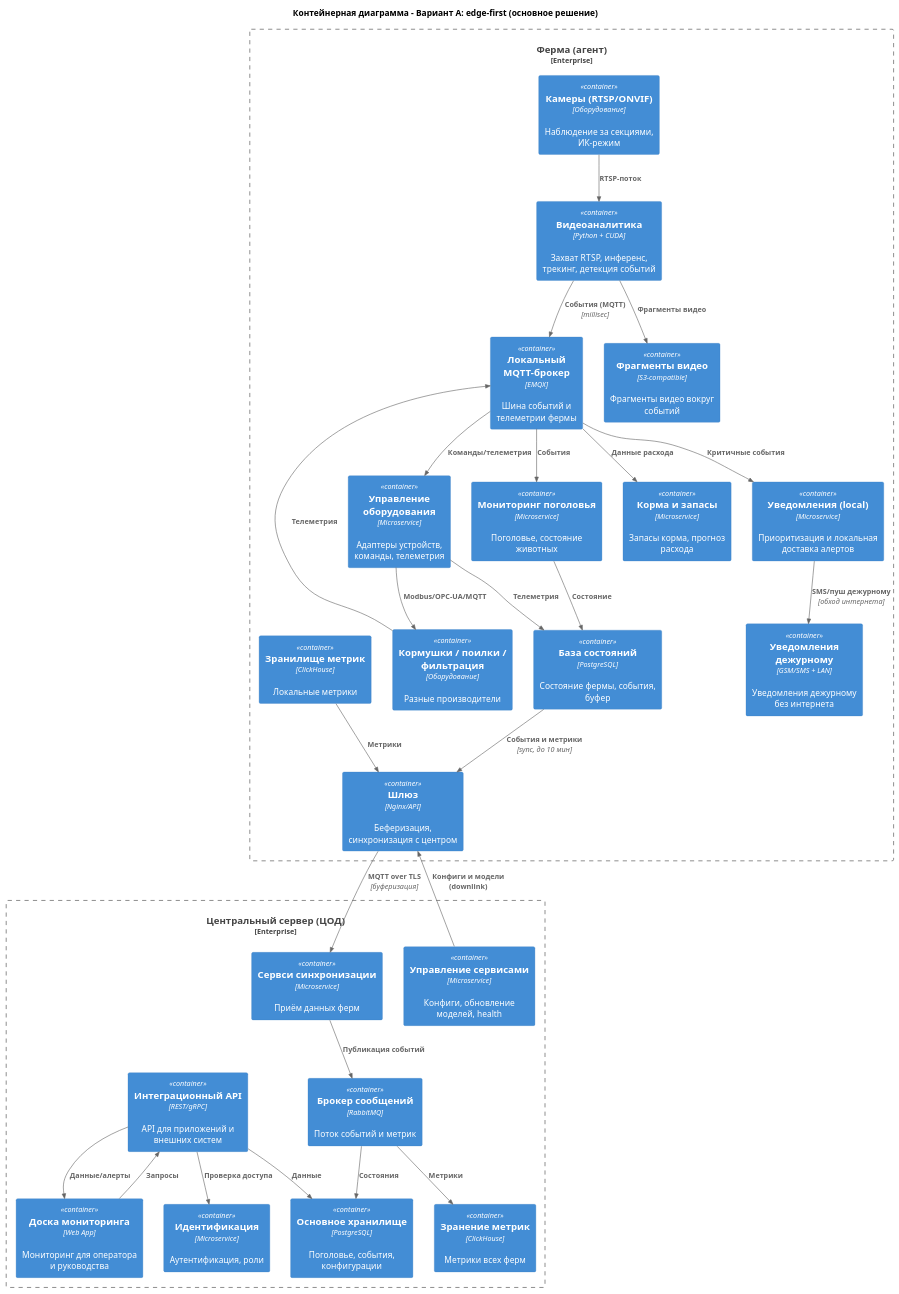
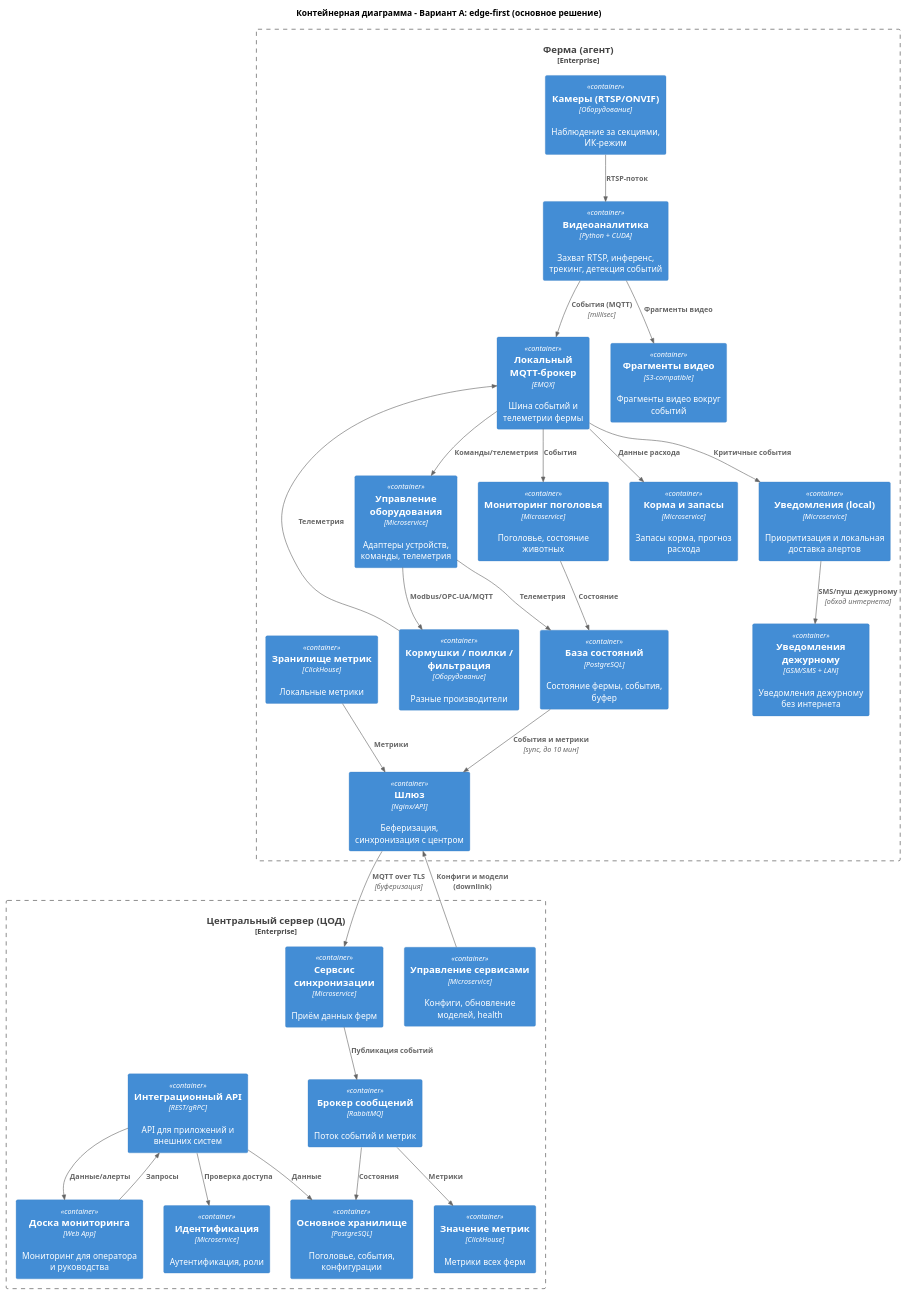
One commit to nikolaynn1984/MSA-AgroTech changed the diagram in Task2/C2_local.puml. Above: the diagram before and after it, drawn with PlantUML. The commit also changed 1 other file, not shown here.

```diff
--- a/Task2/C2_local.puml
+++ b/Task2/C2_local.puml
@@ -1,58 +1,58 @@
 @startuml C2_edge_first
 !include <C4/C4_Container>
 
 title Контейнерная диаграмма - Вариант A: edge-first (основное решение)
 
 Enterprise_Boundary(fb, "Ферма (агент)") {
     Container(cam, "Камеры (RTSP/ONVIF)", "Оборудование", "Наблюдение за секциями, ИК-режим")
     Container(dev, "Кормушки / поилки / фильтрация", "Оборудование", "Разные производители")
 
     Container(mqtt, "Локальный MQTT-брокер", "EMQX", "Шина событий и телеметрии фермы")
     Container(cv, "Видеоаналитика", "Python + CUDA", "Захват RTSP, инференс, трекинг, детекция событий")
     Container(lm, "Мониторинг поголовья", "Microservice", "Поголовье, состояние животных")
     Container(eq, "Управление оборудования", "Microservice", "Адаптеры устройств, команды, телеметрия")
     Container(fi, "Корма и запасы", "Microservice", "Запасы корма, прогноз расхода")
     Container(al, "Уведомления (local)", "Microservice", "Приоритизация и локальная доставка алертов")
     Container(db, "База состояний", "PostgreSQL", "Состояние фермы, события, буфер")
     Container(ts, "Зранилище метрик", "ClickHouse", "Локальные метрики")
     Container(buf, "Фрагменты видео", "S3-compatible", "Фрагменты видео вокруг событий")
     Container(gw, "Шлюз", "Nginx/API", "Беферизация, синхронизация с центром")
     Container(sms, "Уведомления дежурному", "GSM/SMS + LAN", "Уведомления дежурному без интернета")
 
     Rel(cam, cv, "RTSP-поток")
     Rel(cv, mqtt, "События (MQTT)", "millisec")
     Rel(eq, dev, "Modbus/OPC-UA/MQTT")
     Rel(dev, mqtt, "Телеметрия")
     Rel(mqtt, lm, "События")
     Rel(mqtt, eq, "Команды/телеметрия")
     Rel(mqtt, fi, "Данные расхода")
     Rel(lm, db, "Состояние")
     Rel(eq, db, "Телеметрия")
     Rel(cv, buf, "Фрагменты видео")
     Rel(mqtt, al, "Критичные события")
     Rel(al, sms, "SMS/пуш дежурному", "обход интернета")
     Rel(db, gw, "События и метрики", "sync, до 10 мин")
     Rel(ts, gw, "Метрики")
 }
 
 Enterprise_Boundary(cb, "Центральный сервер (ЦОД)") {
-    Container(sync, "Сервси синхронизации", "Microservice", "Приём данных ферм")
+    Container(sync, "Сервсис синхронизации", "Microservice", "Приём данных ферм")
     Container(broker, "Брокер сообщений", "RabbitMQ", "Поток событий и метрик")
-    Container(ch, "Зранение метрик", "ClickHouse", "Метрики всех ферм")
+    Container(ch, "Значение метрик", "ClickHouse", "Метрики всех ферм")
     Container(cdb, "Основное хранилище", "PostgreSQL", "Поголовье, события, конфигурации")
     Container(fleet, "Управление сервисами", "Microservice", "Конфиги, обновление моделей, health")
     Container(api, "Интеграционный API", "REST/gRPC", "API для приложений и внешних систем")
     Container(auth, "Идентификация", "Microservice", "Аутентификация, роли")
     Container(dash, "Доска мониторинга", "Web App", "Мониторинг для оператора и руководства")
 
     Rel(gw, sync, "MQTT over TLS", "буферизация")
     Rel(sync, broker, "Публикация событий")
     Rel(broker, ch, "Метрики")
     Rel(broker, cdb, "Состояния")
     Rel(fleet, gw, "Конфиги и модели (downlink)")
     Rel(api, cdb, "Данные")
     Rel(api, auth, "Проверка доступа")
     Rel(dash, api, "Запросы")
     Rel(api, dash, "Данные/алерты")
 }
 @enduml
```
